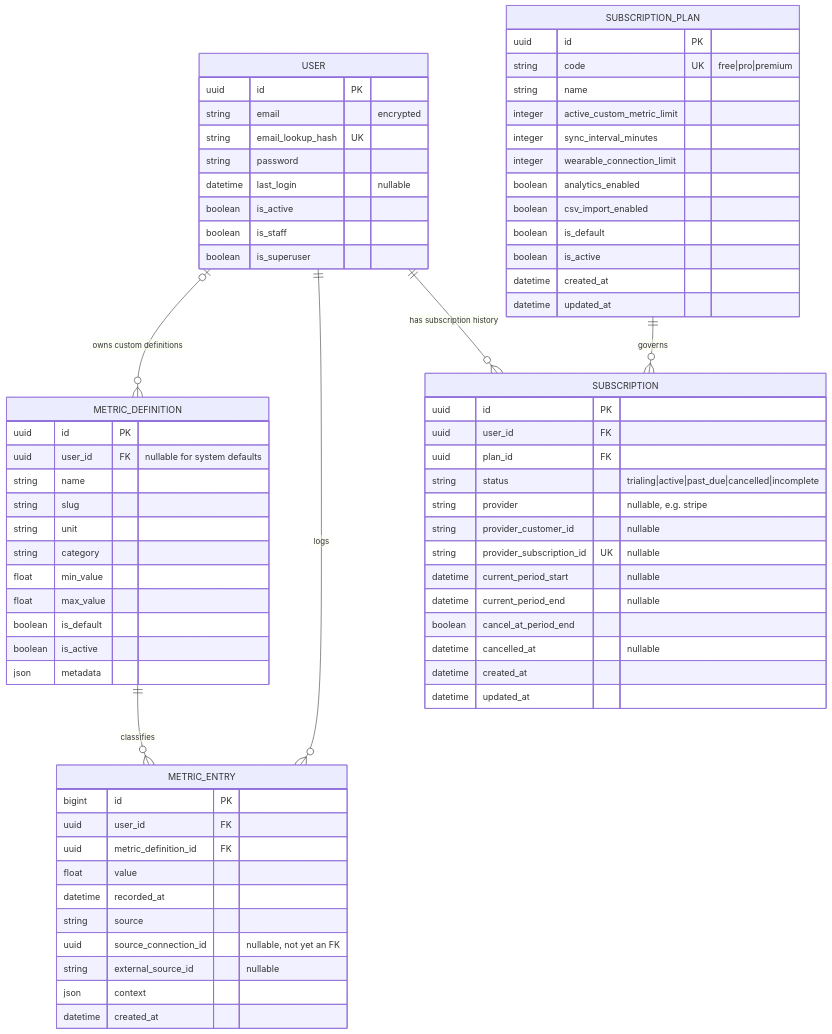
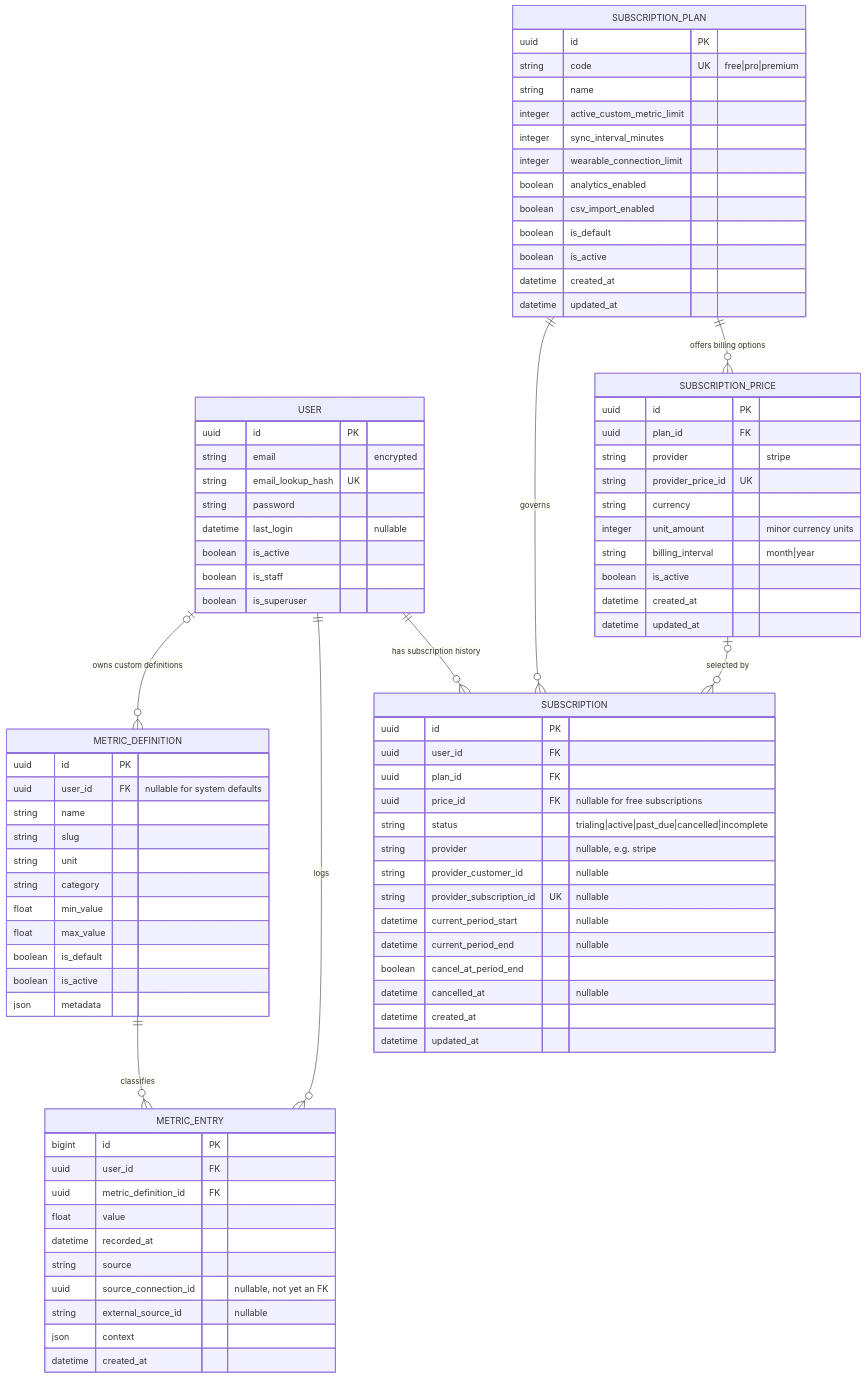
Before and after one commit to elvisrepo/long: the diagram in reference_docs/knowledge/diagrams/current-plus-subscription-plan-erd.md, drawn with Mermaid. The commit also changed other lines of this file and 7 other files, not shown here.

Commit message:
feat(subscriptions): expose active prices in plan catalog

````diff
--- a/reference_docs/knowledge/diagrams/current-plus-subscription-plan-erd.md
+++ b/reference_docs/knowledge/diagrams/current-plus-subscription-plan-erd.md
@@ -59,6 +59,8 @@
 
     USER ||--o{ SUBSCRIPTION : "has subscription history"
     SUBSCRIPTION_PLAN ||--o{ SUBSCRIPTION : governs
+    SUBSCRIPTION_PLAN ||--o{ SUBSCRIPTION_PRICE : "offers billing options"
+    SUBSCRIPTION_PRICE o|--o{ SUBSCRIPTION : "selected by"
 
     SUBSCRIPTION_PLAN {
         uuid id PK
@@ -79,6 +81,7 @@
         uuid id PK
         uuid user_id FK
         uuid plan_id FK
+        uuid price_id FK "nullable for free subscriptions"
         string status "trialing|active|past_due|cancelled|incomplete"
         string provider "nullable, e.g. stripe"
         string provider_customer_id "nullable"
@@ -90,4 +93,17 @@
         datetime created_at
         datetime updated_at
     }
+
+    SUBSCRIPTION_PRICE {
+        uuid id PK
+        uuid plan_id FK
+        string provider "stripe"
+        string provider_price_id UK
+        string currency
+        integer unit_amount "minor currency units"
+        string billing_interval "month|year"
+        boolean is_active
+        datetime created_at
+        datetime updated_at
+    }
 ```
````
